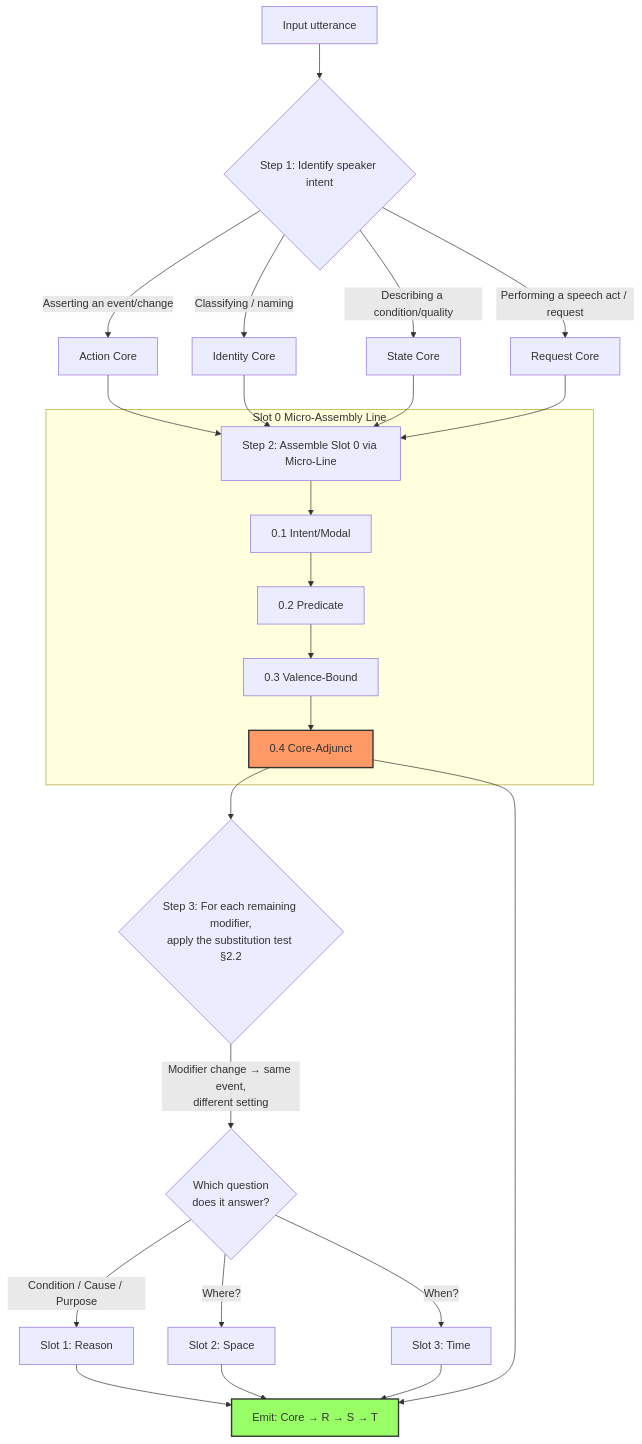
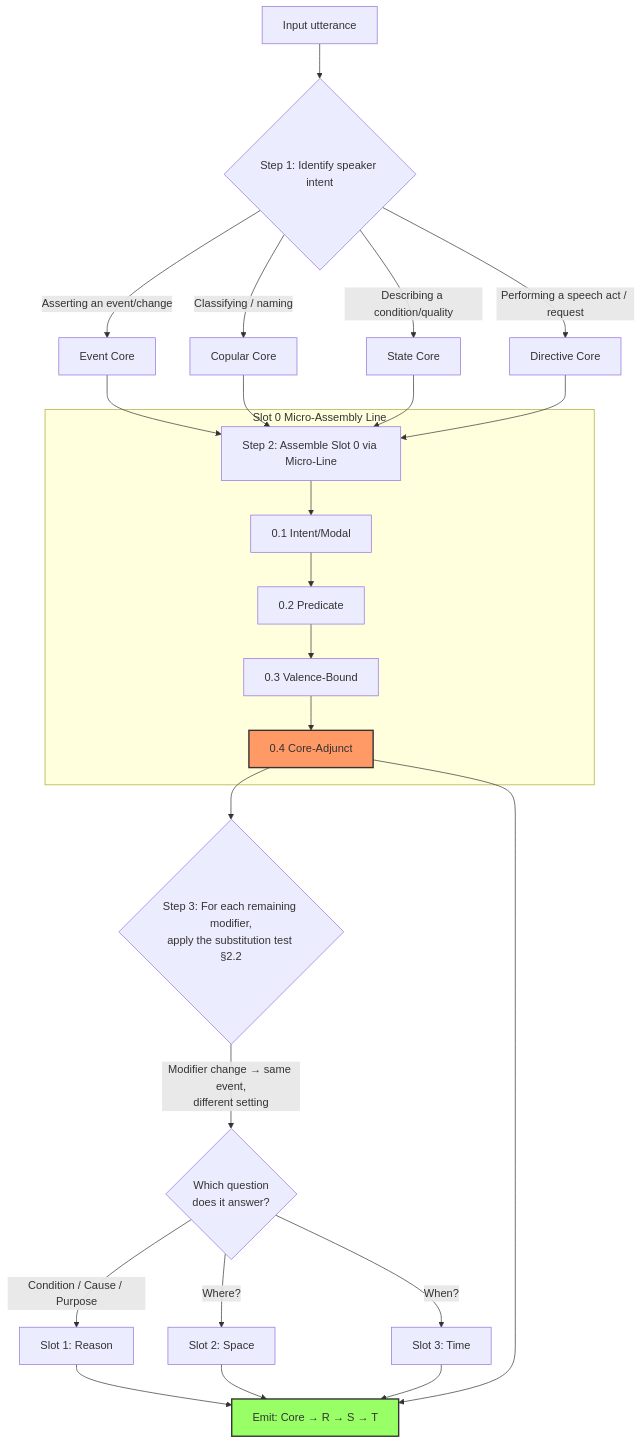
One commit to corefirst/cflt changed the third of 3 diagrams in docs/en/foundations/core-concept.md. Above: the diagram before and after it, drawn with Mermaid. The commit also changed other lines of this file and 26 other files, not shown here.

````diff
--- a/docs/en/foundations/core-concept.md
+++ b/docs/en/foundations/core-concept.md
@@ -484,35 +484,35 @@
 ```mermaid
 flowchart TD
     A[Input utterance] --> B{Step 1: Identify speaker intent}
-    B -->|Asserting an event/change| C1[Action Core]
-    B -->|Classifying / naming| C2[Identity Core]
+    B -->|Asserting an event/change| C1[Event Core]
+    B -->|Classifying / naming| C2[Copular Core]
     B -->|Describing a condition/quality| C3[State Core]
-    B -->|Performing a speech act / request| C4[Request Core]
+    B -->|Performing a speech act / request| C4[Directive Core]
 
     C1 --> D[Step 2: Assemble Slot 0 via Micro-Line]
     C2 --> D
     C3 --> D
     C4 --> D
 
     subgraph "Slot 0 Micro-Assembly Line"
     D --> D1[0.1 Intent/Modal]
     D1 --> D2[0.2 Predicate]
     D2 --> D3[0.3 Valence-Bound]
     D3 --> D4[0.4 Core-Adjunct]
     end
 
     D4 --> E{Step 3: For each remaining modifier,<br/>apply the substitution test §2.2}
     E -->|"Modifier change → same event,<br/>different setting"| G{Which question<br/>does it answer?}
 
     G -->|Condition / Cause / Purpose| H1[Slot 1: Reason]
     G -->|Where?| H2[Slot 2: Space]
     G -->|When?| H3[Slot 3: Time]
 
     H1 --> J[Emit: Core → R → S → T]
     H2 --> J
     H3 --> J
     D4 --> J
 
     style D4 fill:#f96,stroke:#333,stroke-width:2px
     style J fill:#9f6,stroke:#333,stroke-width:2px
 ```
````
